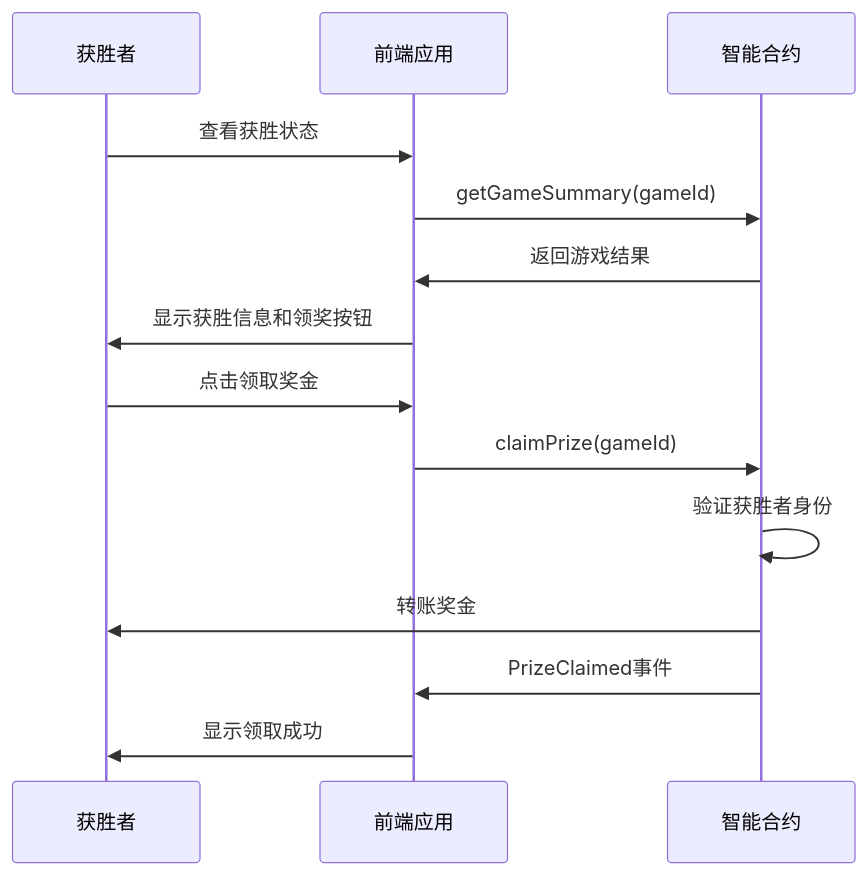
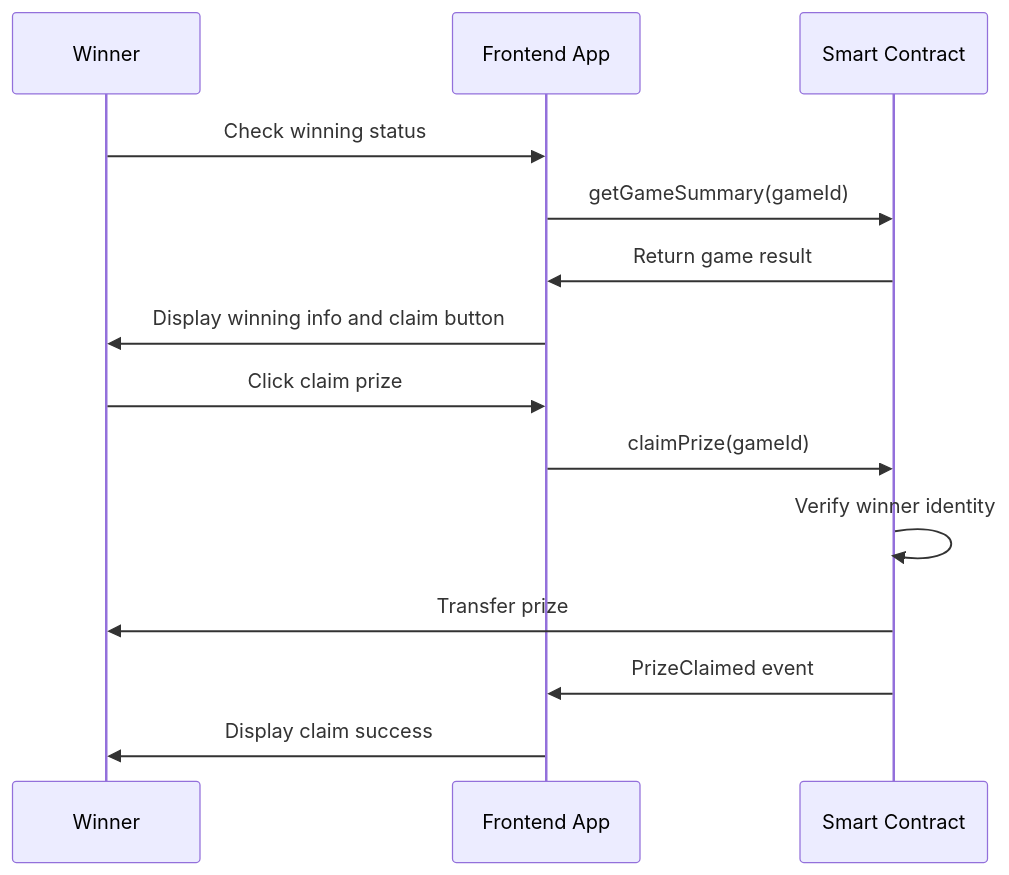
Before and after one commit to huaigu/number-verse-arena: the sixth of 6 diagrams in docs/GAME_FLOW.md, drawn with Mermaid. The commit also changed other lines of this file and 6 other files, not shown here.

````diff
--- a/docs/GAME_FLOW.md
+++ b/docs/GAME_FLOW.md
@@ -233,17 +233,17 @@
 ```mermaid
 sequenceDiagram
-    participant Winner as 获胜者
-    participant Frontend as 前端应用
-    participant Contract as 智能合约
+    participant Winner as Winner
+    participant Frontend as Frontend App
+    participant Contract as Smart Contract
 
-    Winner->>Frontend: 查看获胜状态
+    Winner->>Frontend: Check winning status
     Frontend->>Contract: getGameSummary(gameId)
-    Contract->>Frontend: 返回游戏结果
-    Frontend->>Winner: 显示获胜信息和领奖按钮
-    Winner->>Frontend: 点击领取奖金
+    Contract->>Frontend: Return game result
+    Frontend->>Winner: Display winning info and claim button
+    Winner->>Frontend: Click claim prize
     Frontend->>Contract: claimPrize(gameId)
-    Contract->>Contract: 验证获胜者身份
-    Contract->>Winner: 转账奖金
-    Contract->>Frontend: PrizeClaimed事件
-    Frontend->>Winner: 显示领取成功
+    Contract->>Contract: Verify winner identity
+    Contract->>Winner: Transfer prize
+    Contract->>Frontend: PrizeClaimed event
+    Frontend->>Winner: Display claim success
 ```
````
